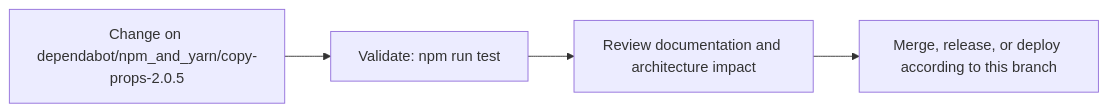
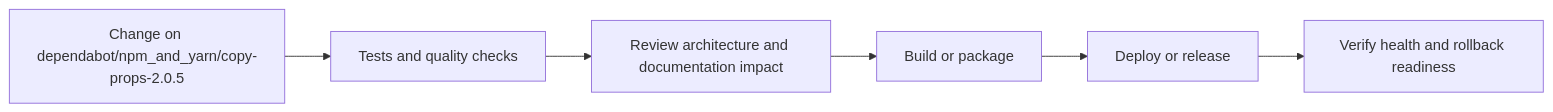
One commit to Nischhalsubba/rismfp-ui changed the fourth of 5 diagrams in README.md. Above: the diagram before and after it, drawn with Mermaid. The commit also changed other lines of this file, not shown here.

````diff
--- a/README.md
+++ b/README.md
@@ -66,8 +135,8 @@
 ```mermaid
 flowchart LR
-    CHANGE["Change on dependabot/npm_and_yarn/copy-props-2.0.5"]
-    CHECK["Validate: npm run test"]
-    REVIEW["Review documentation and architecture impact"]
-    RELEASE["Merge, release, or deploy according to this branch"]
-    CHANGE --> CHECK --> REVIEW --> RELEASE
+    CHANGE["Change on dependabot/npm_and_yarn/copy-props-2.0.5"] --> CHECK["Tests and quality checks"]
+    CHECK --> REVIEW["Review architecture and documentation impact"]
+    REVIEW --> BUILD["Build or package"]
+    BUILD --> DEPLOY["Deploy or release"]
+    DEPLOY --> VERIFY["Verify health and rollback readiness"]
 ```
````
